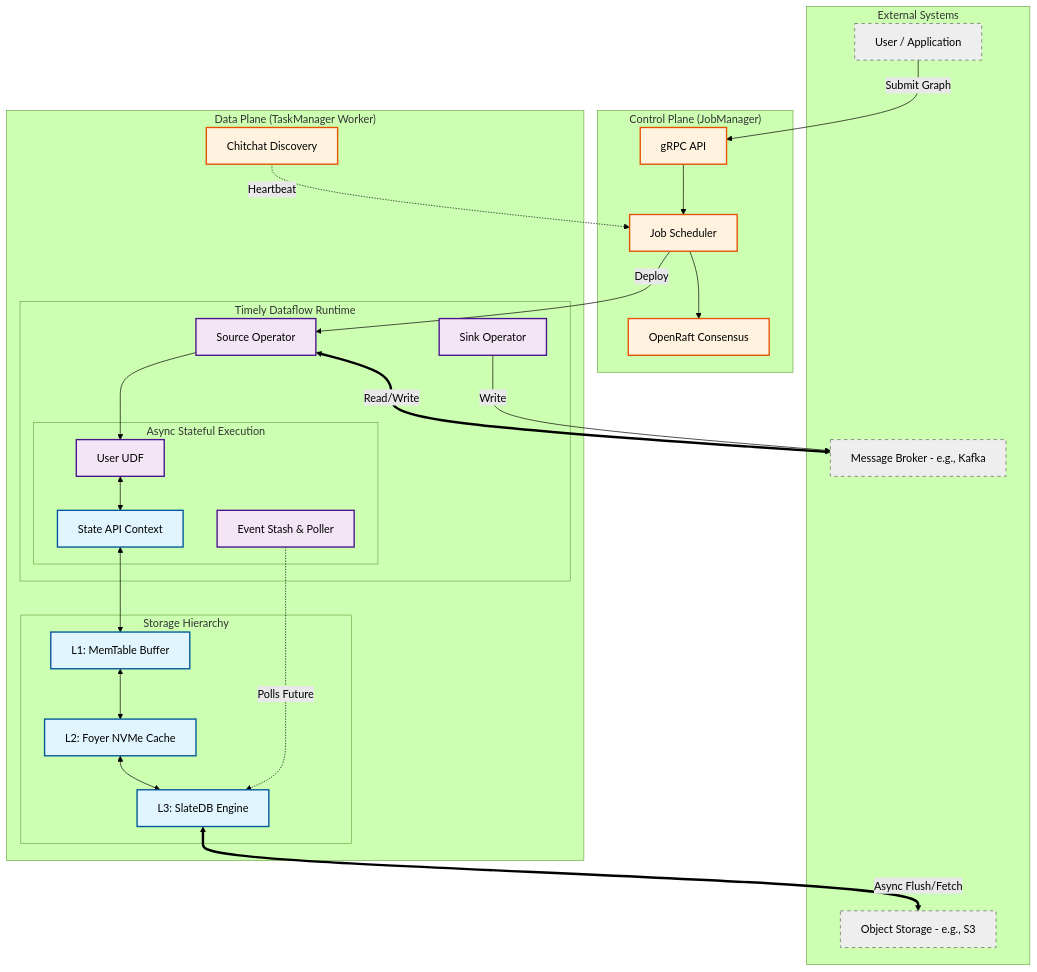
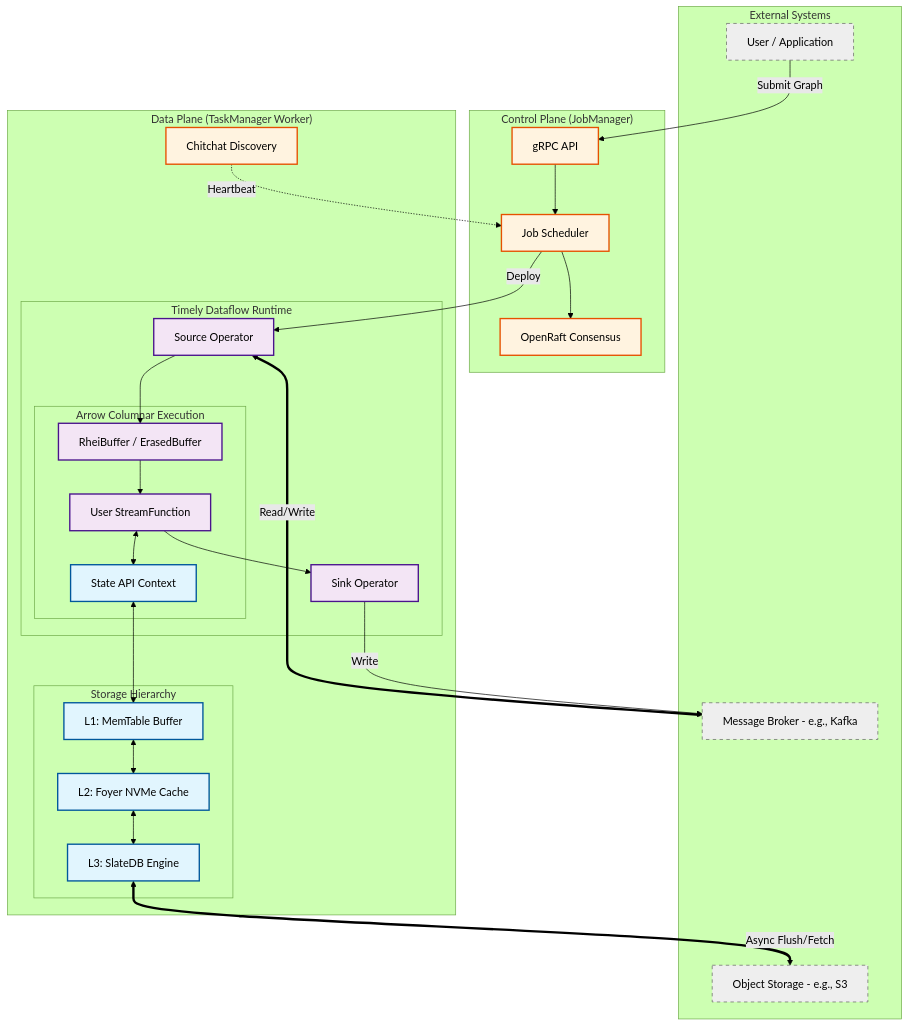
One commit to RcRonco/rhei changed the diagram in ARCHITECTURE.md. Above: the diagram before and after it, drawn with Mermaid (forest theme). The commit also changed other lines of this file and 6 other files, not shown here.

````diff
--- a/ARCHITECTURE.md
+++ b/ARCHITECTURE.md
@@ -5,59 +7,59 @@
 ```mermaid
 graph TD
     classDef storage fill:#e1f5fe,stroke:#01579b,stroke-width:2px;
     classDef compute fill:#f3e5f5,stroke:#4a148c,stroke-width:2px;
     classDef control fill:#fff3e0,stroke:#e65100,stroke-width:2px;
     classDef ext fill:#eeeeee,stroke:#616161,stroke-width:1px,stroke-dasharray: 5 5;
 
     subgraph "External Systems"
         User[User / Application]:::ext
         Kafka[Message Broker - e.g., Kafka]:::ext
         S3[Object Storage - e.g., S3]:::ext
     end
 
     subgraph "Control Plane (JobManager)"
         API[gRPC API]:::control
         Sched[Job Scheduler]:::control
         Raft[OpenRaft Consensus]:::control
-        
+
         API --> Sched
         Sched --> Raft
     end
 
     subgraph "Data Plane (TaskManager Worker)"
         Gossip[Chitchat Discovery]:::control
-        
+
         subgraph "Timely Dataflow Runtime"
             Source[Source Operator]:::compute
-            
-            subgraph "Async Stateful Execution"
-                OpLogic[User UDF]:::compute
-                Stash[Event Stash & Poller]:::compute
+
+            subgraph "Arrow Columnar Execution"
+                OpLogic[User StreamFunction]:::compute
+                ArrowBuf[RheiBuffer / ErasedBuffer]:::compute
                 Context[State API Context]:::storage
             end
-            
+
             Sink[Sink Operator]:::compute
         end
 
         subgraph "Storage Hierarchy"
             L1[L1: MemTable Buffer]:::storage
             L2[L2: Foyer NVMe Cache]:::storage
             L3[L3: SlateDB Engine]:::storage
         end
 
-        Source --> OpLogic
+        Source --> ArrowBuf
+        ArrowBuf --> OpLogic
         OpLogic <--> Context
         Context <--> L1
         L1 <--> L2
         L2 <--> L3
-        
-        Stash -.->|Polls Future| L3
+        OpLogic --> Sink
     end
 
     User -->|Submit Graph| API
     Sched -->|Deploy| Source
     Source <==>|Read/Write| Kafka
     Sink -->|Write| Kafka
     L3 <==>|Async Flush/Fetch| S3
     Gossip -.->|Heartbeat| Sched
 ```
````
